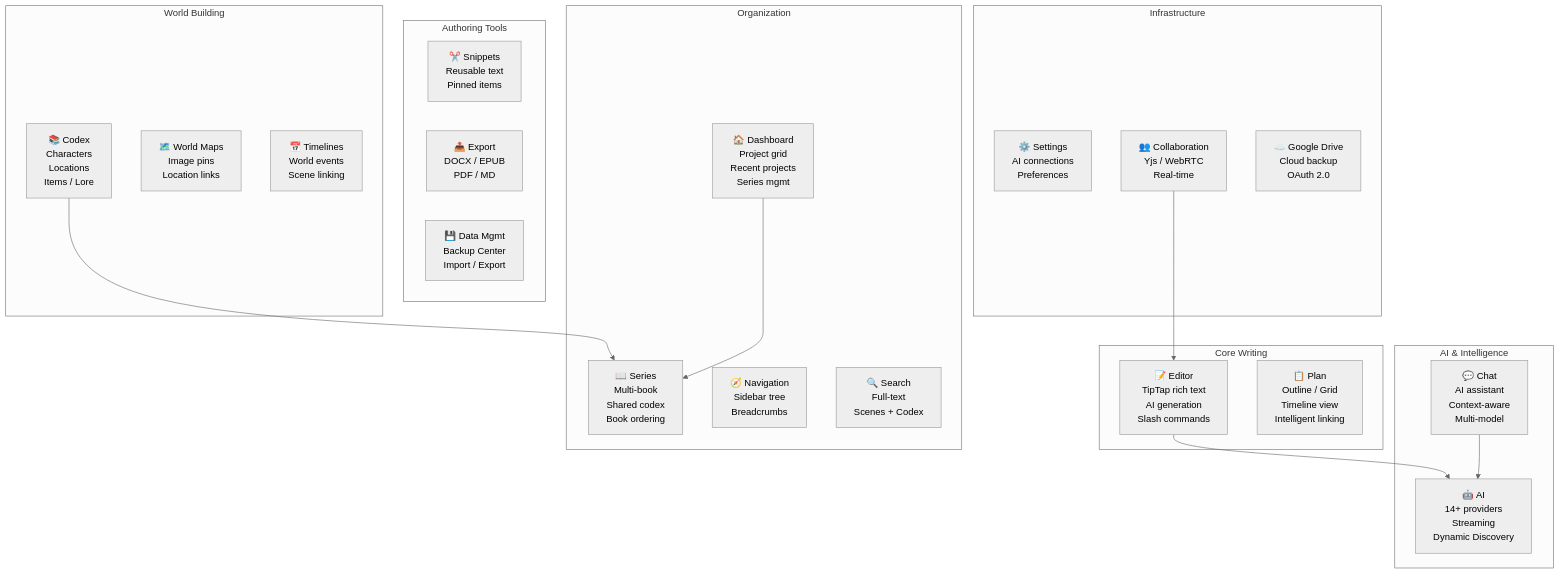
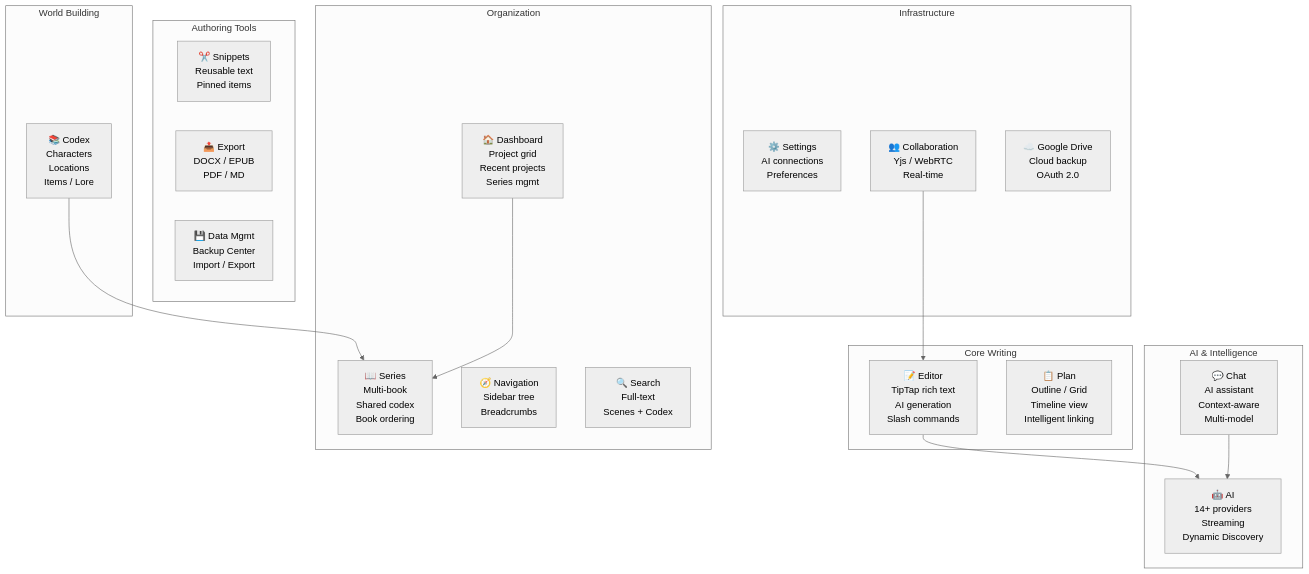
One commit to Sai-Roopesh/becomeAnAuthor changed the first of 6 diagrams in docs/hld.md. Above: the diagram before and after it, drawn with Mermaid (neutral theme). The commit also changed other lines of this file and 2 other files, not shown here.

First line of the commit message:
docs: remove references to deleted map and world timeline features

````diff
--- a/docs/hld.md
+++ b/docs/hld.md
@@ -186,43 +186,41 @@
 ```mermaid
 graph TB
     subgraph "Core Writing"
         EDITOR["📝 Editor<br/>TipTap rich text<br/>AI generation<br/>Slash commands"]
         PLAN["📋 Plan<br/>Outline / Grid<br/>Timeline view<br/>Intelligent linking"]
     end
 
     subgraph "AI & Intelligence"
         CHAT["💬 Chat<br/>AI assistant<br/>Context-aware<br/>Multi-model"]
         AI["🤖 AI<br/>14+ providers<br/>Streaming<br/>Dynamic Discovery"]
     end
 
     subgraph "World Building"
         CODEX["📚 Codex<br/>Characters<br/>Locations<br/>Items / Lore"]
-        WMAP["🗺️ World Maps<br/>Image pins<br/>Location links"]
-        WTIMELINE["📅 Timelines<br/>World events<br/>Scene linking"]
     end
 
     subgraph "Organization"
         DASH["🏠 Dashboard<br/>Project grid<br/>Recent projects<br/>Series mgmt"]
         SERIES["📖 Series<br/>Multi-book<br/>Shared codex<br/>Book ordering"]
         NAV["🧭 Navigation<br/>Sidebar tree<br/>Breadcrumbs"]
         SEARCH["🔍 Search<br/>Full-text<br/>Scenes + Codex"]
     end
 
     subgraph "Authoring Tools"
         SNIPPETS["✂️ Snippets<br/>Reusable text<br/>Pinned items"]
         EXPORT["📤 Export<br/>DOCX / EPUB<br/>PDF / MD"]
         DATAMGMT["💾 Data Mgmt<br/>Backup Center<br/>Import / Export"]
     end
 
     subgraph "Infrastructure"
         SETTINGS["⚙️ Settings<br/>AI connections<br/>Preferences"]
         COLLAB["👥 Collaboration<br/>Yjs / WebRTC<br/>Real-time"]
         GDRIVE["☁️ Google Drive<br/>Cloud backup<br/>OAuth 2.0"]
     end
 
     EDITOR --> AI
     CHAT --> AI
     CODEX --> SERIES
     DASH --> SERIES
     COLLAB --> EDITOR
 ```
````
